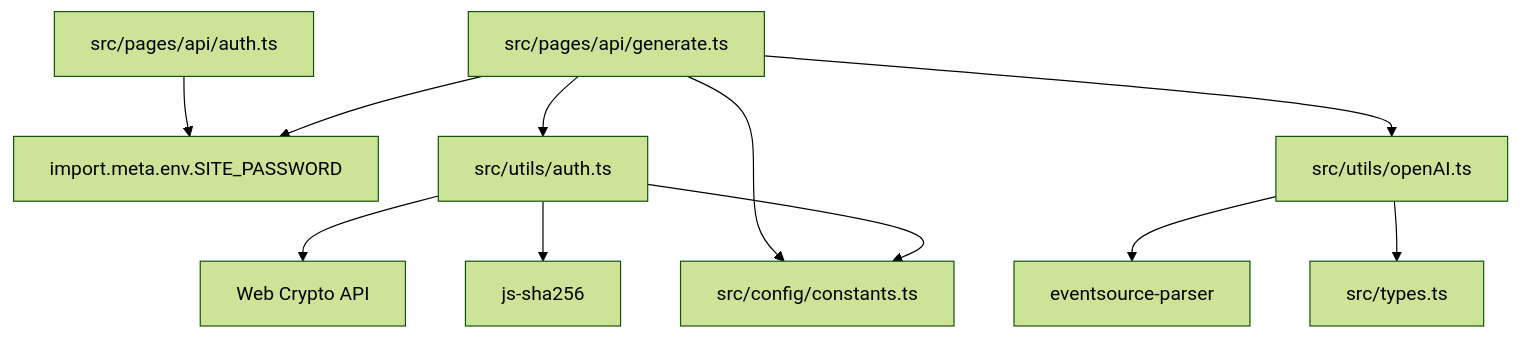
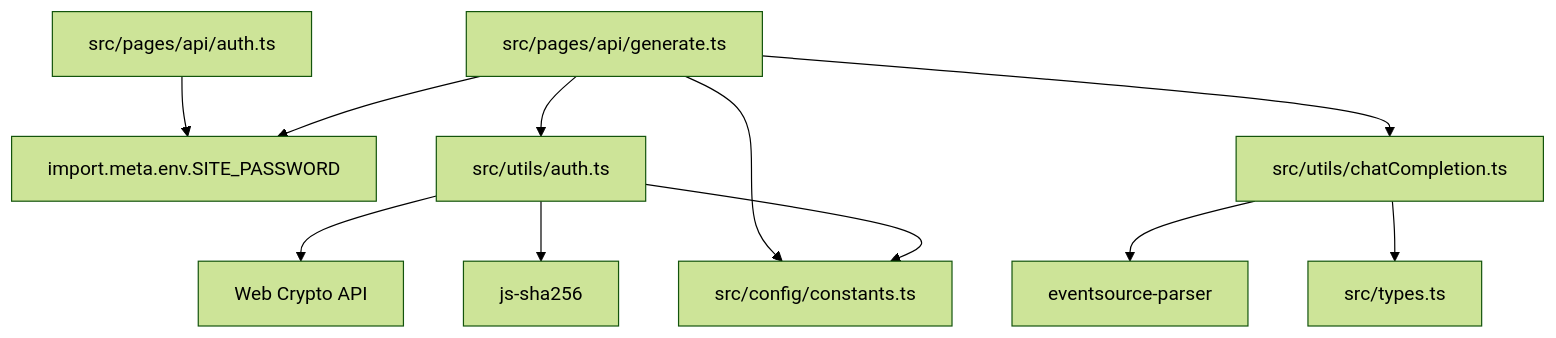
Before and after one commit to zfyime/chat-mini: the sixth of 6 diagrams in .qoder/repowiki/zh/content/API接口文档/API接口文档.md, drawn with Mermaid (forest theme). The commit also changed other lines of this file and 52 other files, not shown here.

````diff
--- a/.qoder/repowiki/zh/content/API接口文档/API接口文档.md
+++ b/.qoder/repowiki/zh/content/API接口文档/API接口文档.md
@@ -193,13 +193,13 @@
 ```mermaid
 graph TD
 auth_api[src/pages/api/auth.ts] --> env[import.meta.env.SITE_PASSWORD]
 generate_api[src/pages/api/generate.ts] --> env
 generate_api --> auth_util[src/utils/auth.ts]
-generate_api --> openAI_util[src/utils/openAI.ts]
+generate_api --> openAI_util[src/utils/chatCompletion.ts]
 generate_api --> constants[src/config/constants.ts]
 auth_util --> crypto[Web Crypto API]
 auth_util --> js_sha256[js-sha256]
 auth_util --> constants
 openAI_util --> eventsource_parser[eventsource-parser]
 openAI_util --> types[src/types.ts]
 ```
````
